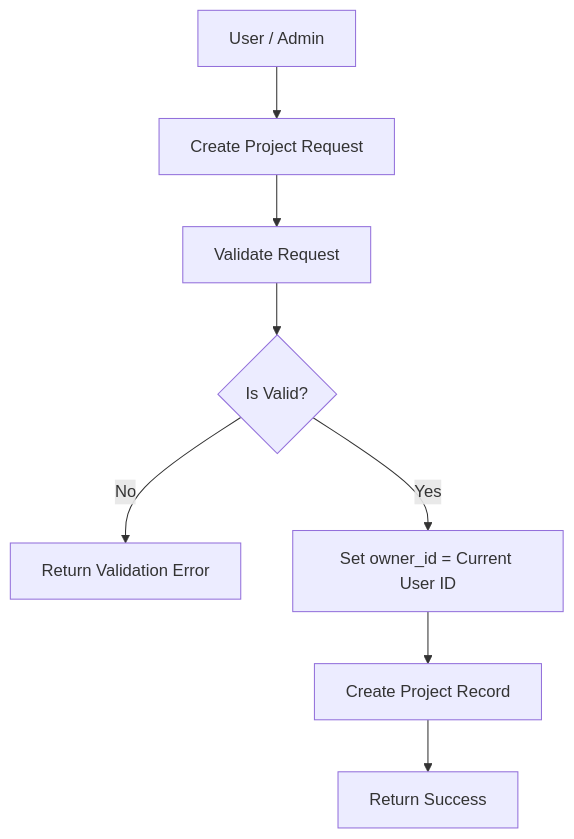
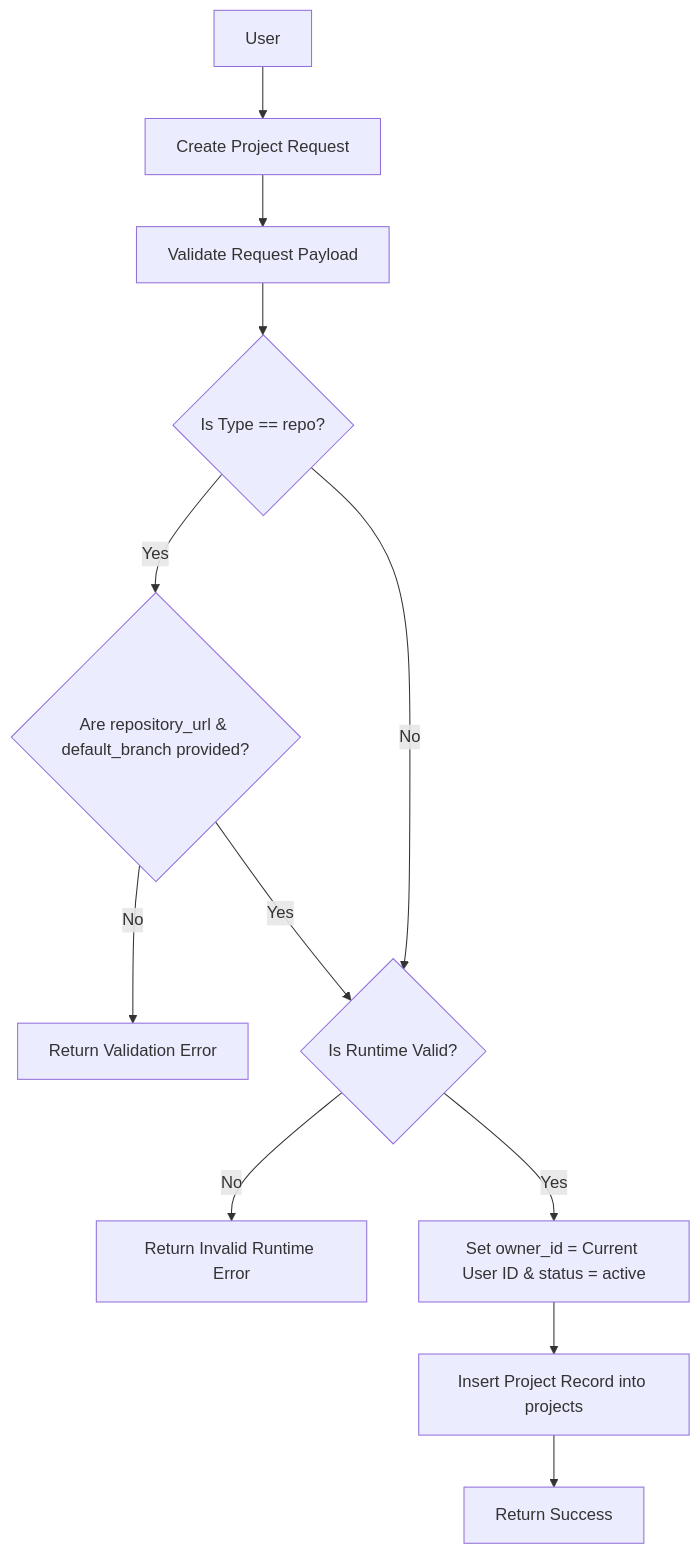
The diagram in docs/projects/projects-module.md (mislam-dev/forge), drawn with Mermaid before and after one commit. The commit also changed other lines of this file and 1 other file, not shown here.

Commit message:
docs: update project module and add new sub module

````diff
--- a/docs/projects/projects-module.md
+++ b/docs/projects/projects-module.md
@@ -230,10 +266,14 @@
 ```mermaid
 flowchart TD
-    A[User / Admin] --> B[Create Project Request]
-    B --> C[Validate Request]
-    C --> D{Is Valid?}
-    D -->|No| E[Return Validation Error]
-    D -->|Yes| F[Set owner_id = Current User ID]
-    F --> G[Create Project Record]
-    G --> H[Return Success]
+    A[User] --> B[Create Project Request]
+    B --> C[Validate Request Payload]
+    C --> D{Is Type == repo?}
+    D -->|Yes| E{Are repository_url & default_branch provided?}
+    E -->|No| F[Return Validation Error]
+    E -->|Yes| G{Is Runtime Valid?}
+    D -->|No| G
+    G -->|No| H[Return Invalid Runtime Error]
+    G -->|Yes| I[Set owner_id = Current User ID & status = active]
+    I --> J[Insert Project Record into projects]
+    J --> K[Return Success]
 ```
````
